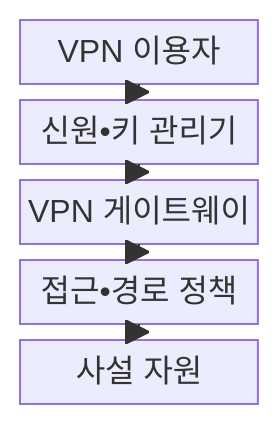
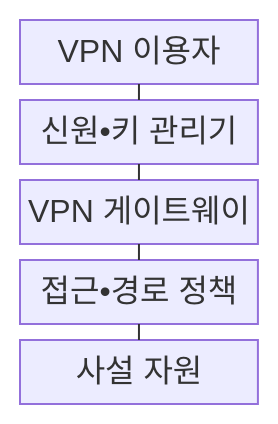
The first of 2 diagrams in src/content/docs/notes/04-network/089_vpn.md (agnusdei1207/knowledge-base), drawn with Mermaid before and after one commit. The commit also changed other lines of this file and 493 other files, not shown here.

````diff
--- a/src/content/docs/notes/04-network/089_vpn.md
+++ b/src/content/docs/notes/04-network/089_vpn.md
@@ -64,13 +64,13 @@
 ```mermaid
 block-beta
     columns 1
     USER["VPN 이용자"]
     IDENTITY["신원•키 관리기"]
     GATEWAY["VPN 게이트웨이"]
     POLICY["접근•경로 정책"]
     RESOURCE["사설 자원"]
-    USER --> IDENTITY
-    IDENTITY --> GATEWAY
-    GATEWAY --> POLICY
-    POLICY --> RESOURCE
+    USER --- IDENTITY
+    IDENTITY --- GATEWAY
+    GATEWAY --- POLICY
+    POLICY --- RESOURCE
 ```
````
